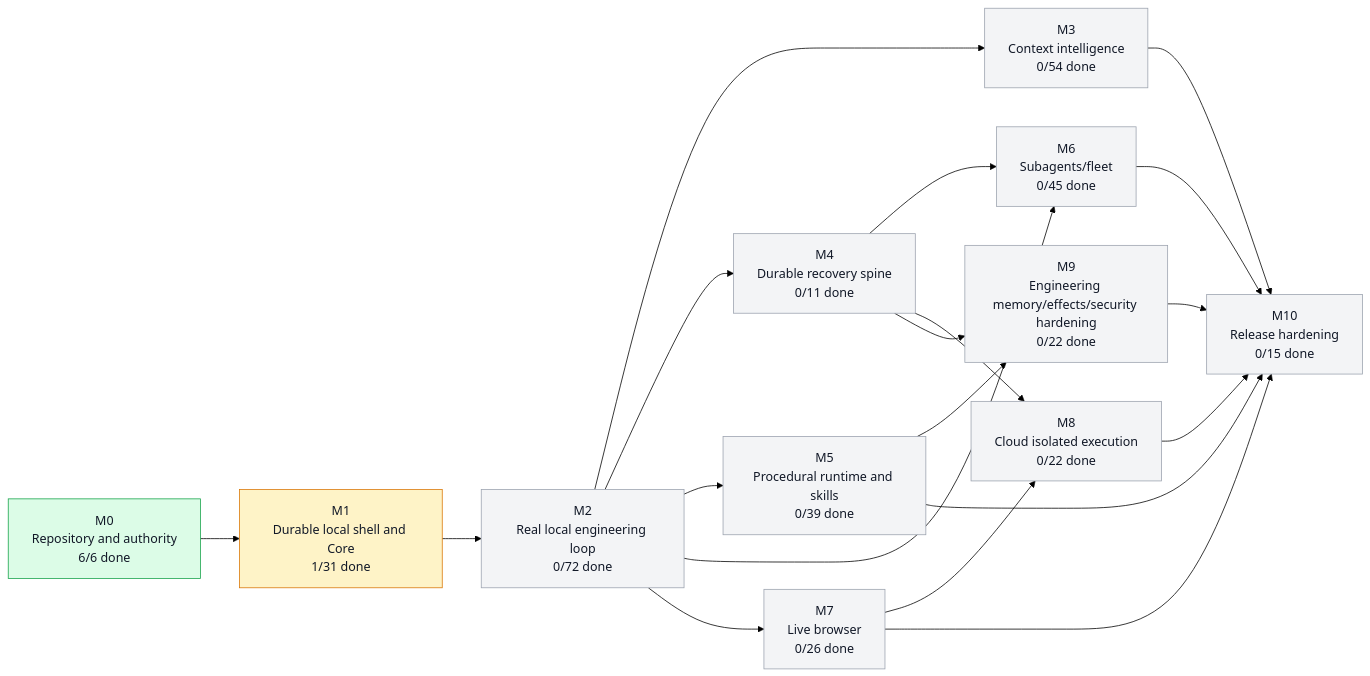
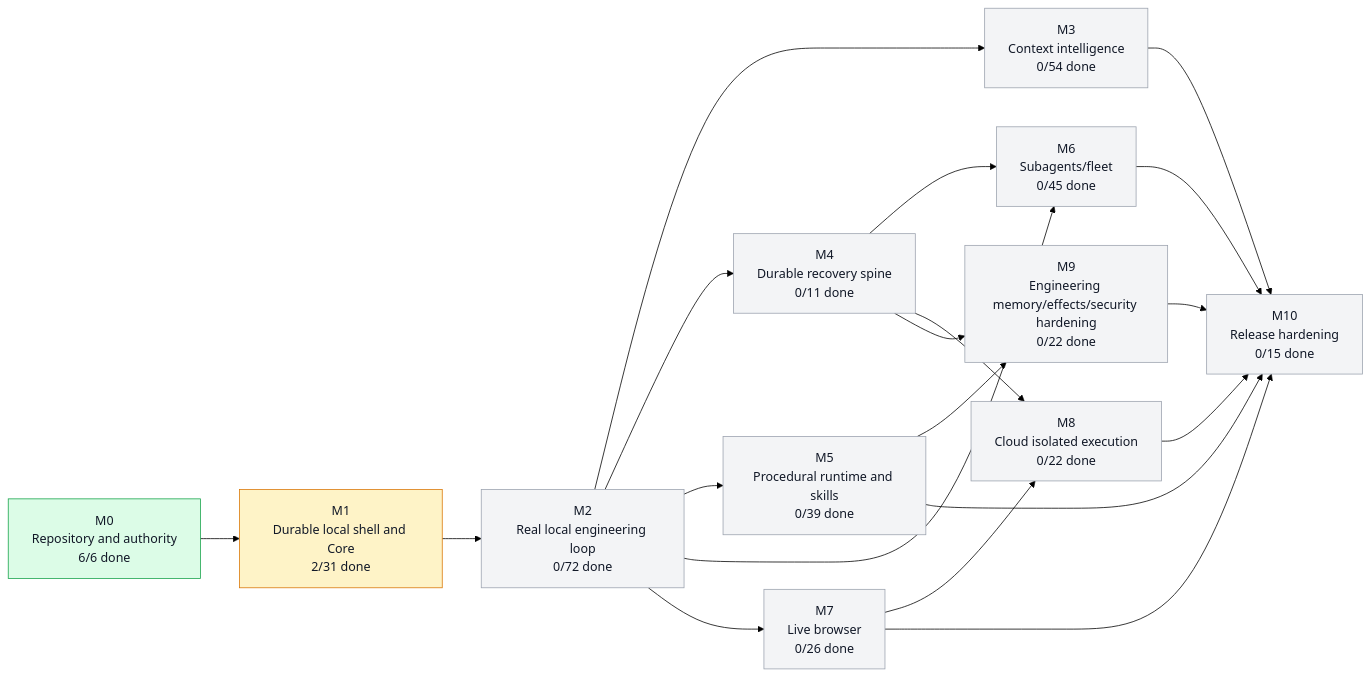
The first of 3 diagrams in graph/PROJECT_GRAPH.md (moss101/zmodbit), drawn with Mermaid (forest theme) before and after one commit. The commit also changed other lines of this file and 3 other files, not shown here.

````diff
--- a/graph/PROJECT_GRAPH.md
+++ b/graph/PROJECT_GRAPH.md
@@ -43,43 +43,43 @@
 ```mermaid
 flowchart LR
   M0["M0<br/>Repository and authority<br/>6/6 done"]
-  M1["M1<br/>Durable local shell and Core<br/>1/31 done"]
+  M1["M1<br/>Durable local shell and Core<br/>2/31 done"]
   M2["M2<br/>Real local engineering loop<br/>0/72 done"]
   M3["M3<br/>Context intelligence<br/>0/54 done"]
   M4["M4<br/>Durable recovery spine<br/>0/11 done"]
   M5["M5<br/>Procedural runtime and skills<br/>0/39 done"]
   M6["M6<br/>Subagents/fleet<br/>0/45 done"]
   M7["M7<br/>Live browser<br/>0/26 done"]
   M8["M8<br/>Cloud isolated execution<br/>0/22 done"]
   M9["M9<br/>Engineering memory/effects/security hardening<br/>0/22 done"]
   M10["M10<br/>Release hardening<br/>0/15 done"]
   M0 --> M1
   M1 --> M2
   M2 --> M3
   M2 --> M4
   M2 --> M5
   M2 --> M6
   M4 --> M6
   M2 --> M7
   M4 --> M8
   M7 --> M8
   M4 --> M9
   M5 --> M9
   M3 --> M10
   M5 --> M10
   M6 --> M10
   M7 --> M10
   M8 --> M10
   M9 --> M10
   style M0 fill:#dcfce7,stroke:#16a34a,color:#111827
   style M1 fill:#fef3c7,stroke:#d97706,color:#111827
   style M2 fill:#f3f4f6,stroke:#9ca3af,color:#111827
   style M3 fill:#f3f4f6,stroke:#9ca3af,color:#111827
   style M4 fill:#f3f4f6,stroke:#9ca3af,color:#111827
   style M5 fill:#f3f4f6,stroke:#9ca3af,color:#111827
   style M6 fill:#f3f4f6,stroke:#9ca3af,color:#111827
   style M7 fill:#f3f4f6,stroke:#9ca3af,color:#111827
   style M8 fill:#f3f4f6,stroke:#9ca3af,color:#111827
   style M9 fill:#f3f4f6,stroke:#9ca3af,color:#111827
   style M10 fill:#f3f4f6,stroke:#9ca3af,color:#111827
 ```
````
